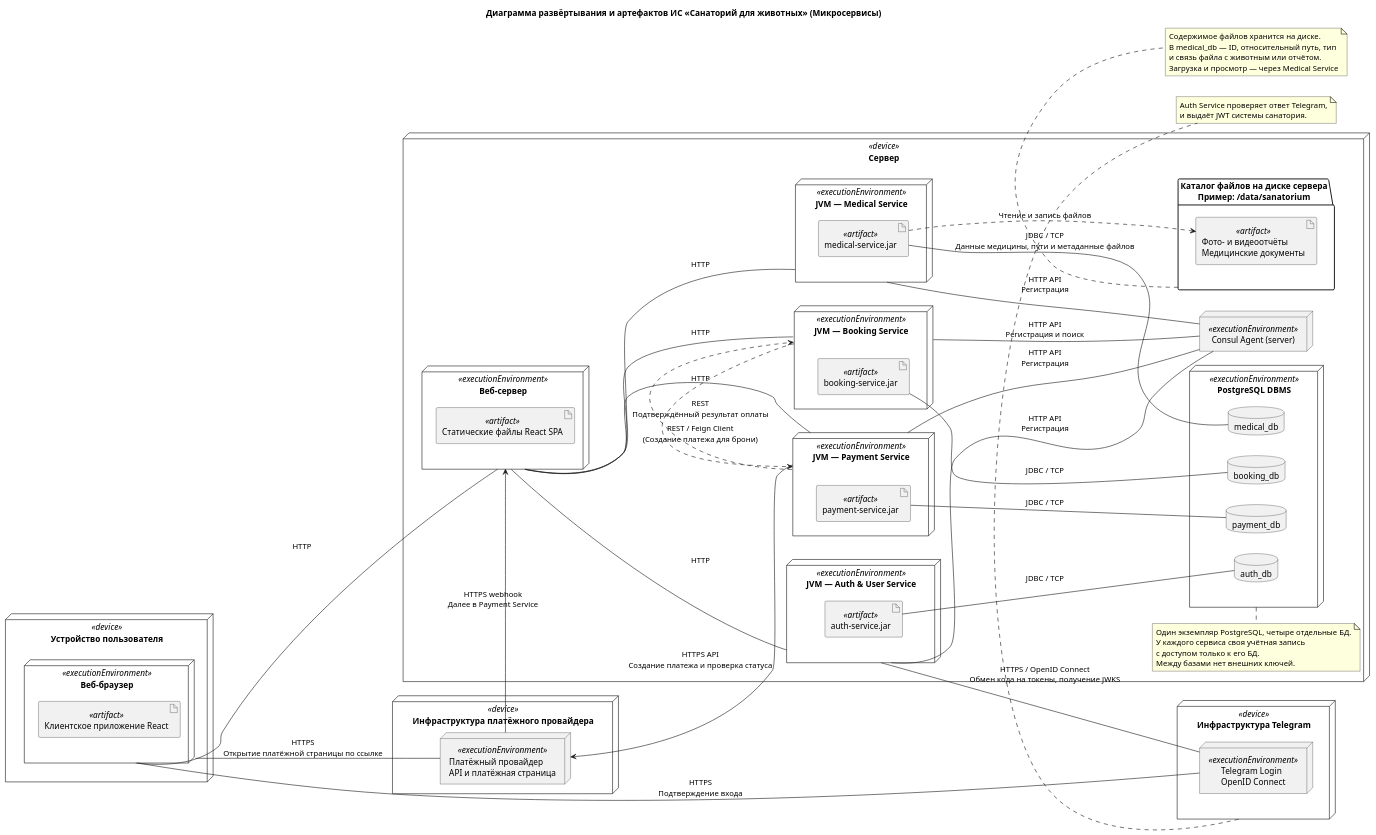
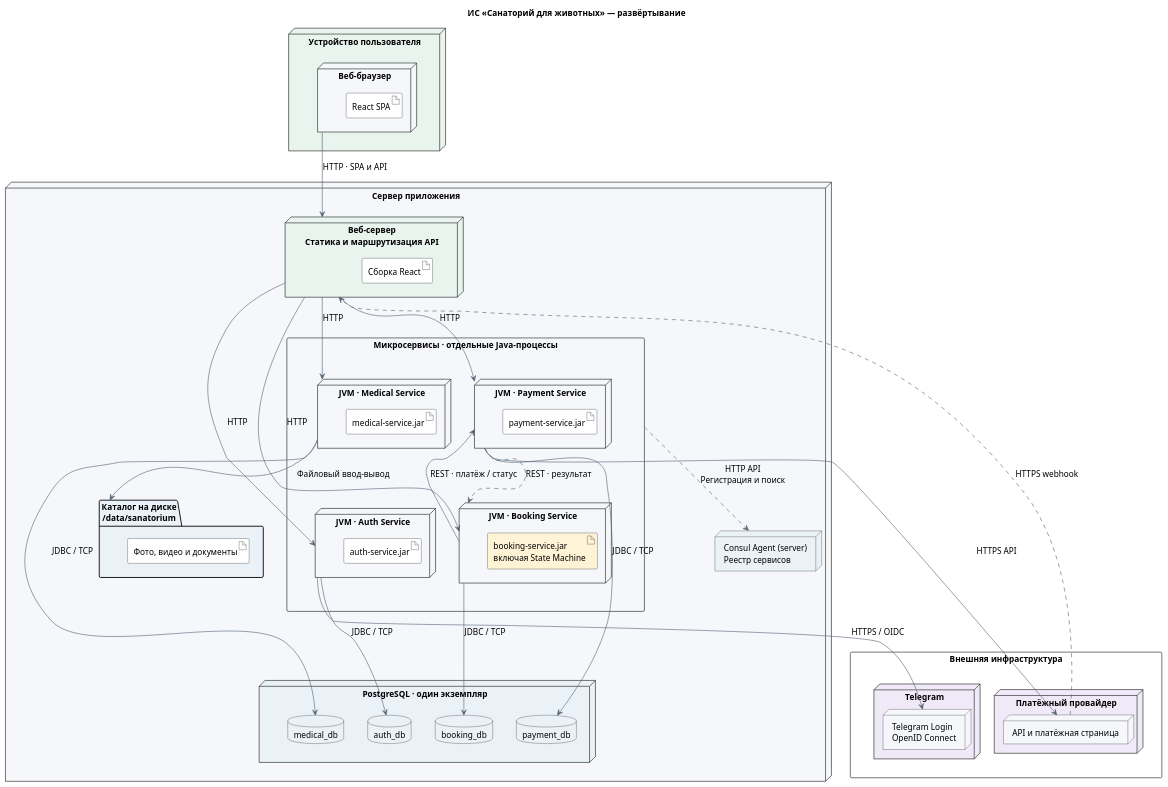
One commit to wwwyssa/IS-course-project changed the diagram in docs/deployment.plantuml. Above: the diagram before and after it, drawn with PlantUML. The commit also changed other lines of this file, not shown here.

Commit message:
cosmetic fix

```diff
--- a/docs/deployment.plantuml
+++ b/docs/deployment.plantuml
@@ -1,114 +1,98 @@
 @startuml
-title Диаграмма развёртывания и артефактов ИС «Санаторий для животных» (Микросервисы)
-left to right direction
+title ИС «Санаторий для животных» — развёртывание
+top to bottom direction
 skinparam shadowing false
 skinparam defaultFontName Arial
+skinparam defaultFontSize 14
 skinparam nodeStyle rectangle
+skinparam packageStyle rectangle
+skinparam nodesep 40
+skinparam ranksep 55
+skinparam ArrowColor #526175
+skinparam nodeBackgroundColor #F5F7FA
+skinparam artifactBackgroundColor #FFFFFF
+skinparam databaseBackgroundColor #EAF2F8
+hide stereotype
 
-node "Устройство пользователя" as client <<device>> {
+node "Устройство пользователя" as client <<device>> #E8F4ED {
   node "Веб-браузер" as browser <<executionEnvironment>> {
-    artifact "Клиентское приложение React" as frontend <<artifact>>
+    artifact "React SPA" as frontend
   }
 }
 
-node "Сервер" as helios <<device>> {
-  
-  node "Веб-сервер" as nginx <<executionEnvironment>> {
-    artifact "Статические файлы React SPA" as staticFiles <<artifact>>
+node "Сервер приложения" as helios <<device>> {
+  node "Веб-сервер\nСтатика и маршрутизация API" as nginx <<executionEnvironment>> #E8F4ED {
+    artifact "Сборка React" as staticFiles
   }
 
-  node "JVM — Auth & User Service" as authNode <<executionEnvironment>> {
-    artifact "auth-service.jar" as authJar <<artifact>>
-  }
-  node "JVM — Booking Service" as bookingNode <<executionEnvironment>> {
-    artifact "booking-service.jar" as bookingJar <<artifact>>
-  }
-  node "JVM — Payment Service" as paymentNode <<executionEnvironment>> {
-    artifact "payment-service.jar" as paymentJar <<artifact>>
-  }
-  node "JVM — Medical Service" as medicalNode <<executionEnvironment>> {
-    artifact "medical-service.jar" as medicalJar <<artifact>>
+  package "Микросервисы · отдельные Java-процессы" as services {
+    together {
+      node "JVM · Auth Service" as authNode <<executionEnvironment>> {
+        artifact "auth-service.jar" as authJar
+      }
+      node "JVM · Booking Service" as bookingNode <<executionEnvironment>> {
+        artifact "booking-service.jar\nвключая State Machine" as bookingJar #FFF3D6
+      }
+      node "JVM · Payment Service" as paymentNode <<executionEnvironment>> {
+        artifact "payment-service.jar" as paymentJar
+      }
+      node "JVM · Medical Service" as medicalNode <<executionEnvironment>> {
+        artifact "medical-service.jar" as medicalJar
+      }
+    }
   }
 
-  node "PostgreSQL DBMS" as dbNode <<executionEnvironment>> {
-    database "auth_db" as dbAuth
-    database "booking_db" as dbBooking
-    database "payment_db" as dbPayment
-    database "medical_db" as dbMedical
+  node "PostgreSQL · один экземпляр" as dbNode <<executionEnvironment>> #EAF2F8 {
+    together {
+      database "auth_db" as dbAuth
+      database "booking_db" as dbBooking
+      database "payment_db" as dbPayment
+      database "medical_db" as dbMedical
+    }
   }
 
-  note bottom of dbNode
-    Один экземпляр PostgreSQL, четыре отдельные БД.
-    У каждого сервиса своя учётная запись
-    с доступом только к его БД.
-    Между базами нет внешних ключей.
-  end note
-
-  folder "Каталог файлов на диске сервера\nПример: /data/sanatorium" as storage {
-    artifact "Фото- и видеоотчёты\nМедицинские документы" as files <<artifact>>
+  folder "Каталог на диске\n/data/sanatorium" as storage #EAF2F8 {
+    artifact "Фото, видео и документы" as files
   }
-
-  node "Consul Agent (server)" as consul <<executionEnvironment>>
-
-  authNode -- consul : HTTP API\nРегистрация
-  bookingNode -- consul : HTTP API\nРегистрация и поиск
-  medicalNode -- consul : HTTP API\nРегистрация
-  paymentNode -- consul : HTTP API\nРегистрация
+  node "Consul Agent (server)\nРеестр сервисов" as consul <<executionEnvironment>> #EAF2F8
 }
 
-node "Инфраструктура платёжного провайдера" as paymentHost <<device>> {
-  node "Платёжный провайдер\nAPI и платёжная страница" as paymentGateway <<executionEnvironment>>
+package "Внешняя инфраструктура" as external {
+  node "Telegram" as telegramHost <<external>> #F0EAF8 {
+    node "Telegram Login\nOpenID Connect" as telegramLogin <<executionEnvironment>>
+  }
+  node "Платёжный провайдер" as paymentHost <<external>> #F0EAF8 {
+    node "API и платёжная страница" as paymentGateway <<executionEnvironment>>
+  }
 }
 
-node "Инфраструктура Telegram" as telegramHost <<device>> {
-  node "Telegram Login\nOpenID Connect" as telegramLogin <<executionEnvironment>>
-}
+browser -down-> nginx : HTTP · SPA и API
+nginx -down-> authNode : HTTP
+nginx -down-> bookingNode : HTTP
+nginx -down-> paymentNode : HTTP
+nginx -down-> medicalNode : HTTP
 
-' Авторизация через Telegram
-browser -- telegramLogin : HTTPS\nПодтверждение входа
-authNode -- telegramLogin : HTTPS / OpenID Connect\nОбмен кода на токены, получение JWKS
+bookingNode -right-> paymentNode : REST · платёж / статус
+paymentNode ..> bookingNode : REST · результат
 
-note bottom of telegramHost
-  Auth Service проверяет ответ Telegram,
-  и выдаёт JWT системы санатория.
-end note
+authNode -down-> dbAuth : JDBC / TCP
+bookingNode -down-> dbBooking : JDBC / TCP
+paymentNode -down-> dbPayment : JDBC / TCP
+medicalNode -down-> dbMedical : JDBC / TCP
+medicalNode --> storage : Файловый ввод-вывод
 
-' Связи клиента с Nginx
-browser -- nginx : HTTP \n
+' Общая связь заменяет четыре повторяющиеся линии регистрации.
+services ..> consul : HTTP API\nРегистрация и поиск
 
-' Проксирование запросов от Nginx к микросервисам
-nginx -- authNode : HTTP
-nginx -- bookingNode : HTTP
-nginx -- paymentNode : HTTP
-nginx -- medicalNode : HTTP
+authNode --> telegramLogin : HTTPS / OIDC
+paymentNode --> paymentGateway : HTTPS API
+paymentGateway ..> nginx : HTTPS webhook
 
-' Межсервисное взаимодействие (REST / Feign)
-bookingNode ..> paymentNode : REST / Feign Client\n(Создание платежа для брони)
-paymentNode ..> bookingNode : REST\nПодтверждённый результат оплаты
-
-' Связи микросервисов с их базами данных
-authJar -- dbAuth : JDBC / TCP
-bookingJar -- dbBooking : JDBC / TCP
-paymentJar -- dbPayment : JDBC / TCP
-medicalJar -- dbMedical : JDBC / TCP\nДанные медицины, пути и метаданные файлов
-
-' Файловое хранилище
-medicalJar ..> files : Чтение и запись файлов
-
-
-note bottom of storage
-  Содержимое файлов хранится на диске.
-  В medical_db — ID, относительный путь, тип
-  и связь файла с животным или отчётом.
-  Загрузка и просмотр — через Medical Service
-end note
-
-' Взаимодействие с платежным шлюзом
-paymentNode --> paymentGateway : HTTPS API\nСоздание платежа и проверка статуса
-paymentGateway --> nginx : HTTPS webhook\nДалее в Payment Service
-browser -- paymentGateway : HTTPS\nОткрытие платёжной страницы по ссылке
-
-
-
-
+' Фиксация порядка колонок и уровней без видимых линий.
+authNode -[hidden]right-> bookingNode
+paymentNode -[hidden]right-> medicalNode
+dbAuth -[hidden]right-> dbBooking
+dbBooking -[hidden]right-> dbPayment
+dbPayment -[hidden]right-> dbMedical
+dbNode -[hidden]down-> external
 @enduml
```
